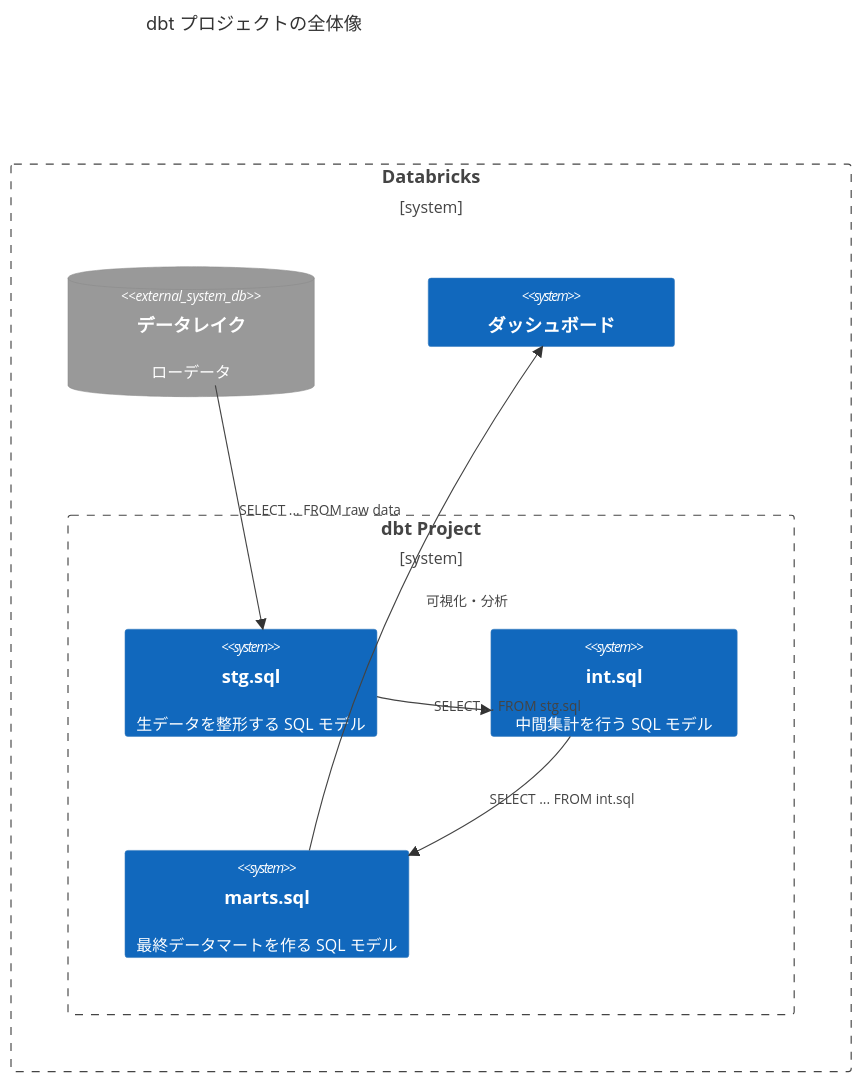
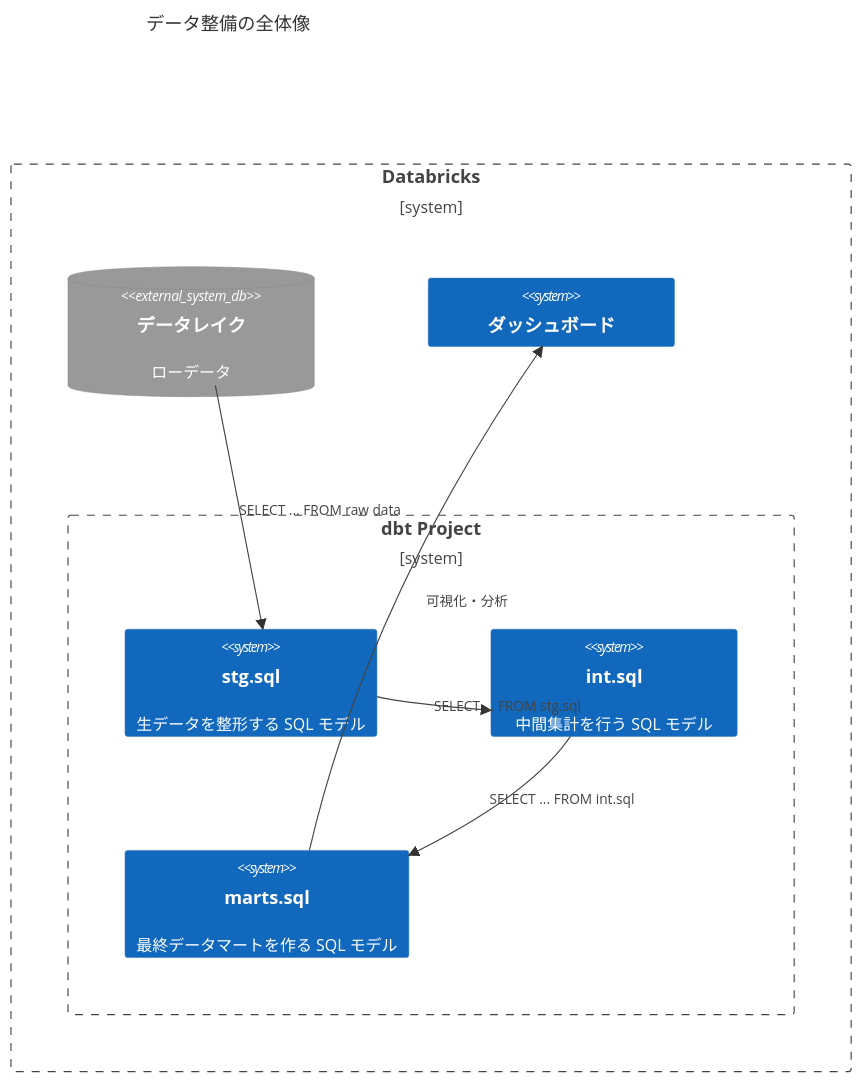
Before and after one commit to i9wa4/i9wa4.github.io: the diagram in slides/2025-05-22-midas-cursor-tips.qmd, drawn with Mermaid. The commit also changed other lines of this file and 9 other files, not shown here.

````diff
--- a/slides/2025-05-22-midas-cursor-tips.qmd
+++ b/slides/2025-05-22-midas-cursor-tips.qmd
@@ -89,18 +92,18 @@
 ```{mermaid}
 C4Context
-  title dbt プロジェクトの全体像
+  title データ整備の全体像
   Boundary(databricks_boundary, "Databricks") {
     Boundary(dbt_boundary, "dbt Project") {
       System(stg, "stg.sql", "生データを整形する SQL モデル")
       System(int, "int.sql", "中間集計を行う SQL モデル")
       System(marts, "marts.sql", "最終データマートを作る SQL モデル")
     }
     SystemDb_Ext(raw, "データレイク", "ローデータ")
     System(dashboard, "ダッシュボード")
   }
 
   Rel(raw, stg, "SELECT ... FROM raw data")
   Rel(stg, int, "SELECT ... FROM stg.sql")
   Rel(int, marts, "SELECT ... FROM int.sql")
   Rel(marts, dashboard, "可視化・分析")
 ```
````
